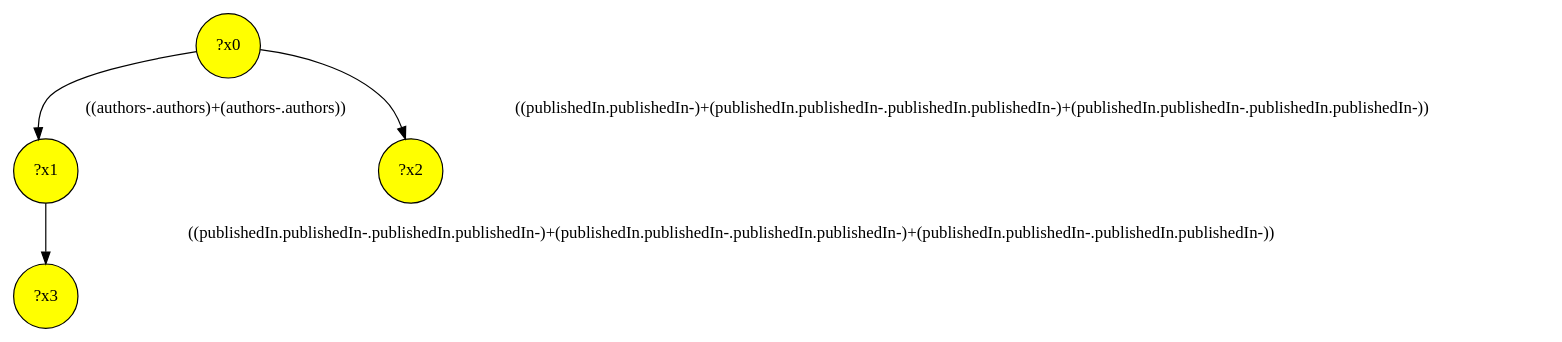
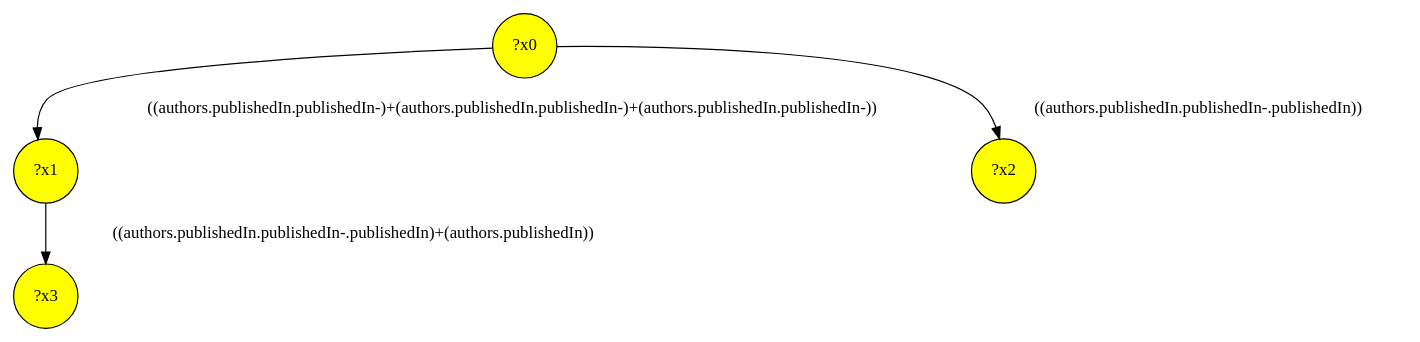
The diagram in demo/test-a/test-a-interface/query-7.dot (gbagan/gmark), drawn with Graphviz before and after one commit. The commit also changed 707 other files, not shown here.

```diff
--- a/demo/test-a/test-a-interface/query-7.dot
+++ b/demo/test-a/test-a-interface/query-7.dot
@@ -1,9 +1,9 @@
 digraph g {
+	x1 [fillcolor="yellow", style="filled," shape=circle, label="?x1"];
 	x0 [fillcolor="yellow", style="filled," shape=circle, label="?x0"];
-	x1 [fillcolor="yellow", style="filled," shape=circle, label="?x1"];
 	x3 [fillcolor="yellow", style="filled," shape=circle, label="?x3"];
 	x2 [fillcolor="yellow", style="filled," shape=circle, label="?x2"];
-	x0 -> x1 [label="((authors-.authors)+(authors-.authors))"];
-	x0 -> x2 [label="((publishedIn.publishedIn-)+(publishedIn.publishedIn-.publishedIn.publishedIn-)+(publishedIn.publishedIn-.publishedIn.publishedIn-))"];
-	x1 -> x3 [label="((publishedIn.publishedIn-.publishedIn.publishedIn-)+(publishedIn.publishedIn-.publishedIn.publishedIn-)+(publishedIn.publishedIn-.publishedIn.publishedIn-))"];
+	x0 -> x1 [label="((authors.publishedIn.publishedIn-)+(authors.publishedIn.publishedIn-)+(authors.publishedIn.publishedIn-))"];
+	x0 -> x2 [label="((authors.publishedIn.publishedIn-.publishedIn))"];
+	x1 -> x3 [label="((authors.publishedIn.publishedIn-.publishedIn)+(authors.publishedIn))"];
 }
```
